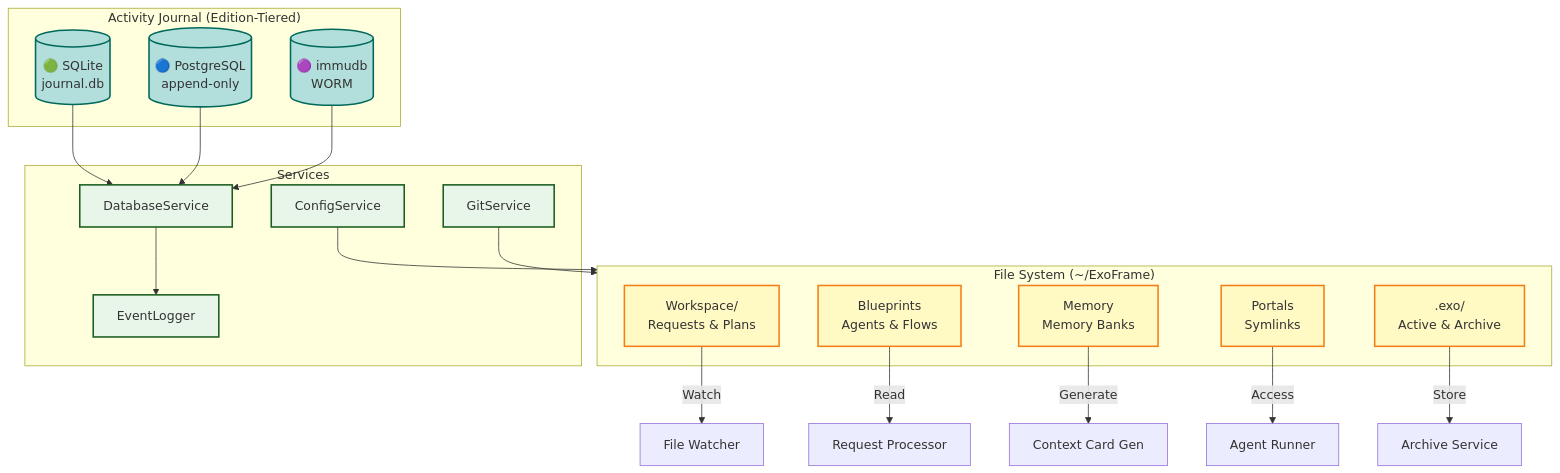
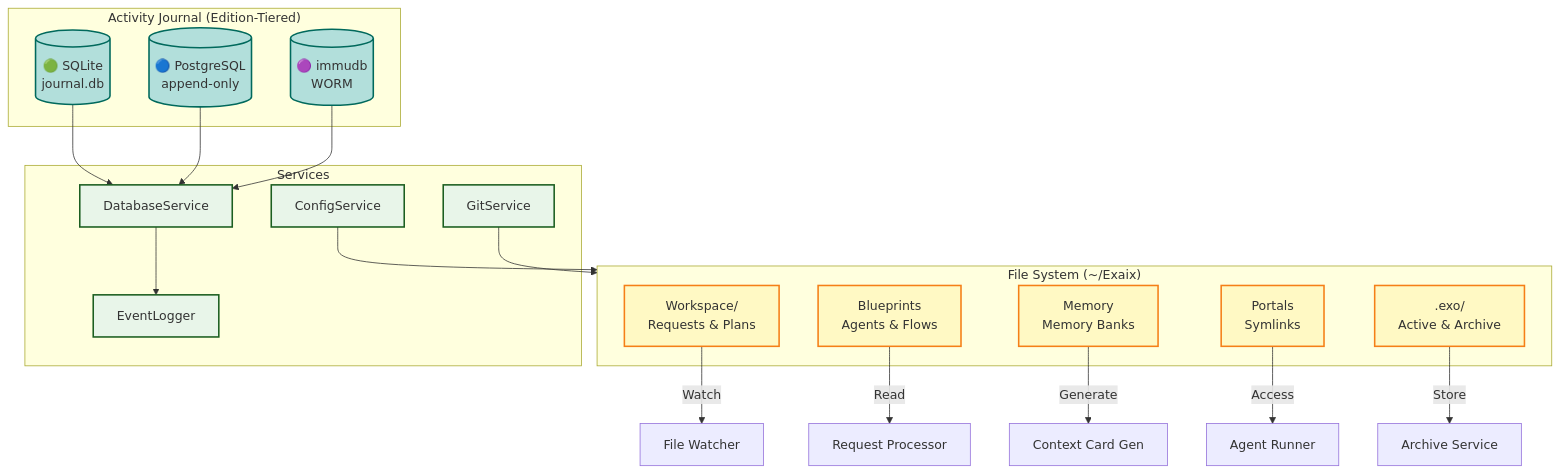
One commit to dostark/exaix-public changed the ninth of 17 diagrams in ARCHITECTURE.md. Above: the diagram before and after it, drawn with Mermaid. The commit also changed other lines of this file and 664 other files, not shown here.

First line of the commit message:
refactor(rebranding): rename ExoFrame to Exaix across entire codebase

````diff
--- a/ARCHITECTURE.md
+++ b/ARCHITECTURE.md
@@ -990,44 +990,44 @@
 ```mermaid
 graph TB
-    subgraph FileSystem["File System (~/ExoFrame)"]
+    subgraph FileSystem["File System (~/Exaix)"]
         Workspace["Workspace/<br/>Requests & Plans"]
         Blueprint["Blueprints<br/>Agents & Flows"]
         Memory["Memory<br/>Memory Banks"]
         Portals["Portals<br/>Symlinks"]
         Runtime[".exo/<br/>Active & Archive"]
     end
 
     subgraph Database["Activity Journal (Edition-Tiered)"]
         Solo[("🟢 SQLite<br/>journal.db")]
         Team[("🔵 PostgreSQL<br/>append-only")]
         Enterprise[("🟣 immudb<br/>WORM")]
     end
 
     subgraph Services["Services"]
         DB["DatabaseService"]
         Event["EventLogger"]
         Config["ConfigService"]
         Git["GitService"]
     end
 
     Workspace -->|Watch| Watcher["File Watcher"]
     Blueprint -->|Read| ReqProc["Request Processor"]
     Memory -->|Generate| CtxCard["Context Card Gen"]
     Portals -->|Access| AgentRun["Agent Runner"]
     Runtime -->|Store| Archive["Archive Service"]
 
     Solo --> DB
     Team --> DB
     Enterprise --> DB
     DB --> Event
     Config --> FileSystem
     Git --> FileSystem
 
     classDef storage fill:#fff9c4,stroke:#f57f17,stroke-width:2px
     classDef db fill:#b2dfdb,stroke:#00695c,stroke-width:2px
     classDef service fill:#e8f5e9,stroke:#1b5e20,stroke-width:2px
 
     class Workspace,Blueprint,Memory,Portals,Runtime storage
     class Solo,Team,Enterprise db
     class DB,Event,Config,Git service
 ```
````
